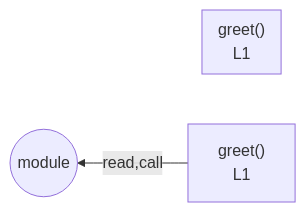
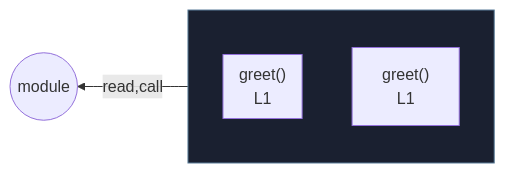
The diagram in integration/fixtures/minimal-function/preview.md (crescware/unsnarl), drawn with Mermaid before and after one commit. The commit also changed 16 other files, not shown here.

First line of the commit message:
fix(mermaid): wrap function name + body in a sibling wrapper subgraph

````diff
--- a/integration/fixtures/minimal-function/preview.md
+++ b/integration/fixtures/minimal-function/preview.md
@@ -14,9 +14,14 @@
 ```mermaid
 flowchart RL
-  n_scope_0_greet_9["greet()<br/>L1"]
-  subgraph s_scope_1["greet()<br/>L1"]
-    direction RL
+  subgraph wrap_s_scope_1[" "]
+    direction TB
+    n_scope_0_greet_9["greet()<br/>L1"]
+    subgraph s_scope_1["greet()<br/>L1"]
+      direction RL
+    end
   end
   n_scope_0_greet_9 -->|read,call| module_root
   module_root((module))
+  classDef fnWrap fill:#1a2030,stroke:#5a7d99;
+  class wrap_s_scope_1 fnWrap;
 ```
````
